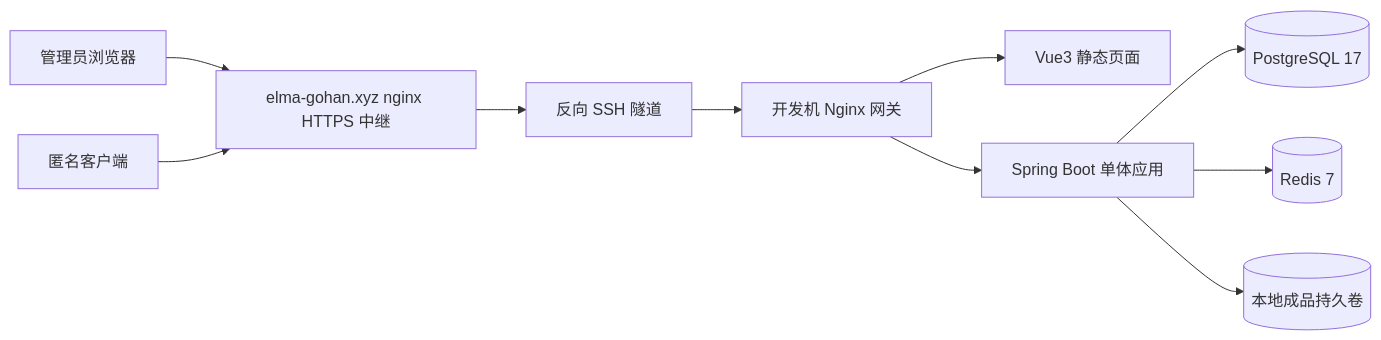
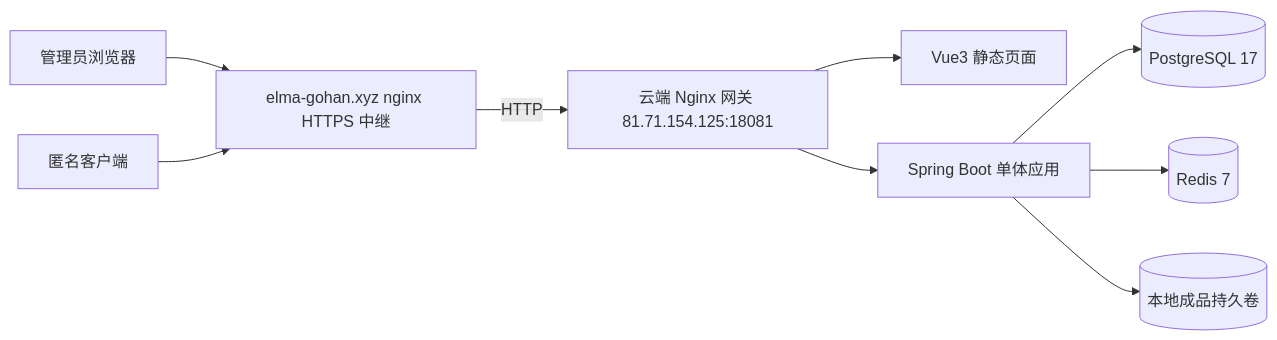
One commit to dailiuyi/innovation-ar-resource-platform changed the first of 6 diagrams in docs/11-current-platform-architecture.md. Above: the diagram before and after it, drawn with Mermaid. The commit also changed other lines of this file and 14 other files, not shown here.

````diff
--- a/docs/11-current-platform-architecture.md
+++ b/docs/11-current-platform-architecture.md
@@ -34,12 +34,11 @@
 ```mermaid
 flowchart LR
     Admin[管理员浏览器] --> Relay[elma-gohan.xyz nginx HTTPS 中继]
     Client[匿名客户端] --> Relay
-    Relay --> Tunnel[反向 SSH 隧道]
-    Tunnel --> Gateway[开发机 Nginx 网关]
+    Relay -->|HTTP| Gateway[云端 Nginx 网关 81.71.154.125:18081]
     Gateway --> Frontend[Vue3 静态页面]
     Gateway --> Backend[Spring Boot 单体应用]
     Backend --> PostgreSQL[(PostgreSQL 17)]
     Backend --> Redis[(Redis 7)]
     Backend --> Artifacts[(本地成品持久卷)]
 ```
````
